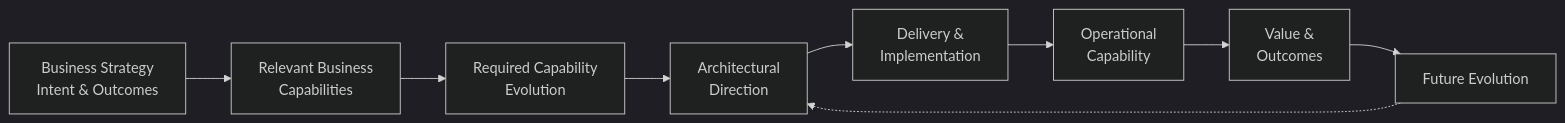
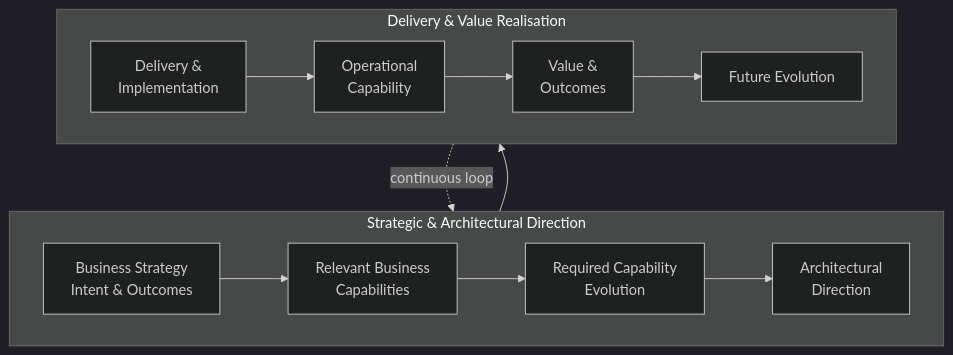
The first of 11 diagrams in docs/sop/index.md (avfranco-br/portfolio), drawn with Mermaid (dark theme) before and after one commit. The commit also changed other lines of this file and 9 other files, not shown here.

Commit message:
[Spec Kit] Refactor Mermaid diagrams for legibility and add responsive container styling

````diff
--- a/docs/sop/index.md
+++ b/docs/sop/index.md
@@ -26,19 +26,19 @@
 ```mermaid
-flowchart LR
-    S["Business Strategy<br/>Intent & Outcomes"]
-    C["Relevant Business<br/>Capabilities"]
-    R["Required Capability<br/>Evolution"]
-    A["Architectural<br/>Direction"]
-    D["Delivery &<br/>Implementation"]
-    O["Operational<br/>Capability"]
-    V["Value &<br/>Outcomes"]
-    E["Future Evolution"]
-    S --> C
-    C --> R
-    R --> A
+flowchart TD
+    subgraph Strategy["Strategic & Architectural Direction"]
+        direction LR
+        S["Business Strategy<br/>Intent & Outcomes"] --> C["Relevant Business<br/>Capabilities"]
+        C --> R["Required Capability<br/>Evolution"]
+        R --> A["Architectural<br/>Direction"]
+    end
+
+    subgraph Realisation["Delivery & Value Realisation"]
+        direction LR
+        D["Delivery &<br/>Implementation"] --> O["Operational<br/>Capability"]
+        O --> V["Value &<br/>Outcomes"]
+        V --> E["Future Evolution"]
+    end
+
     A --> D
-    D --> O
-    O --> V
-    V --> E
-    E -.-> A
+    E -. "continuous loop" .-> A
 ```
````
